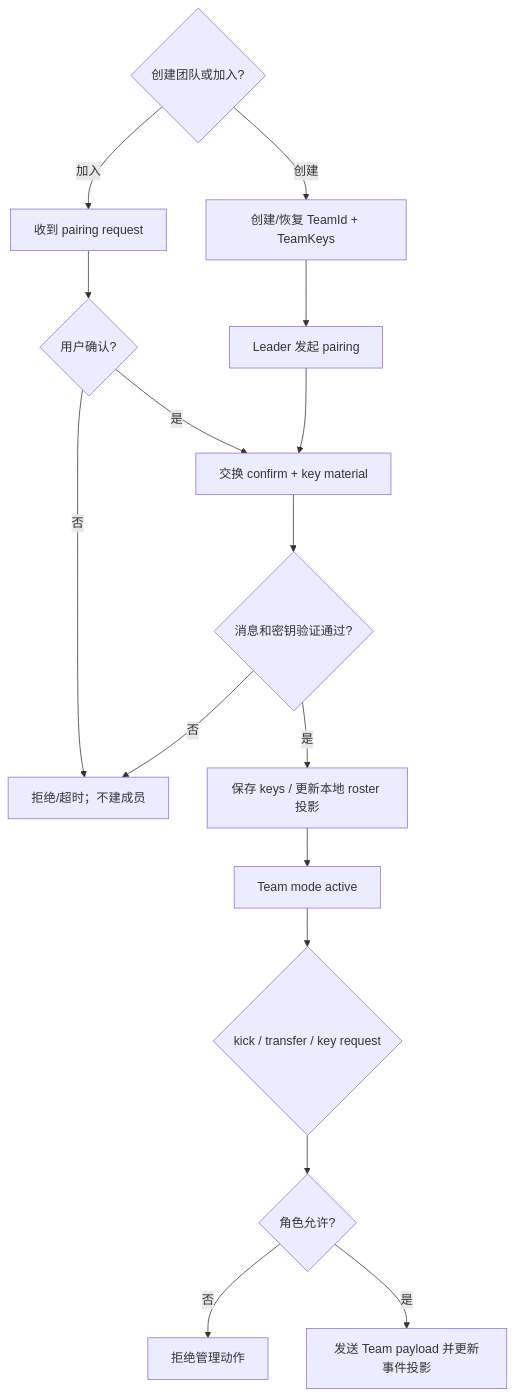
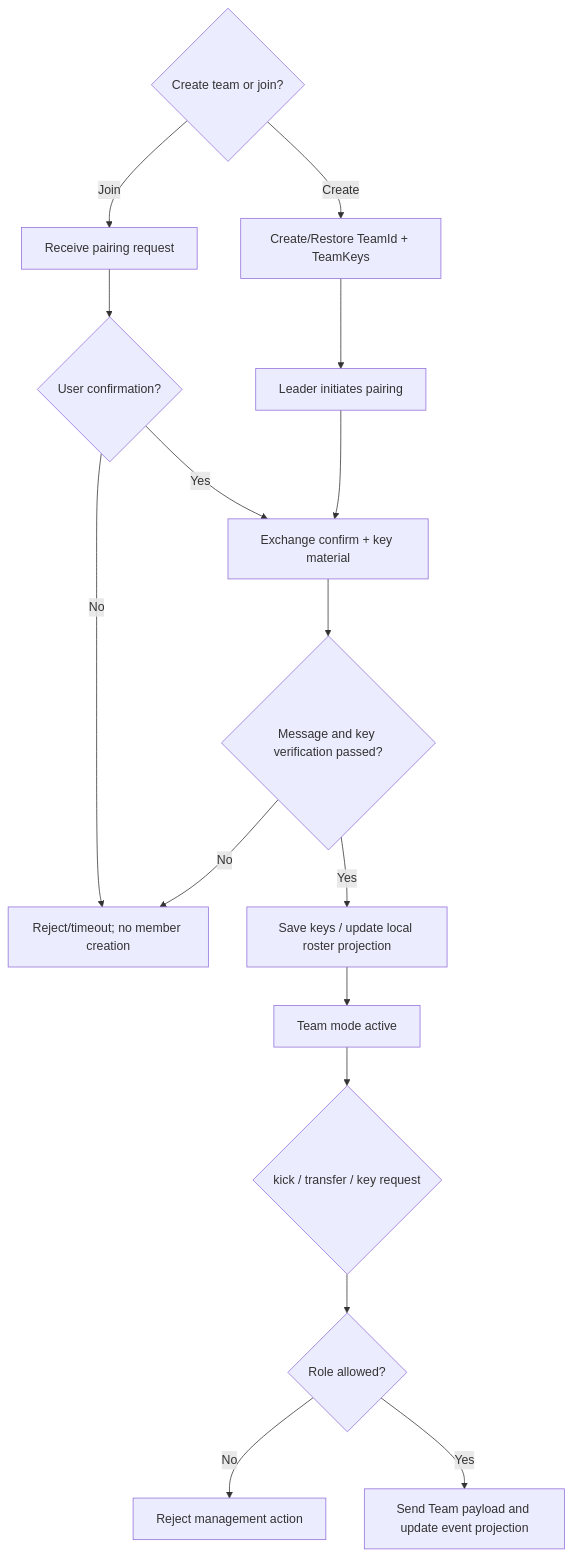
One commit to manmuqingshan/trail-mate changed the diagram in docs/design/use-case-diagrams/manage-team-sharing/activity.md. Above: the diagram before and after it, drawn with Mermaid. The commit also changed other lines of this file and 527 other files, not shown here.

````diff
--- a/docs/design/use-case-diagrams/manage-team-sharing/activity.md
+++ b/docs/design/use-case-diagrams/manage-team-sharing/activity.md
@@ -2,19 +2,19 @@
 ```mermaid
 flowchart TD
-  Role{"创建团队或加入?"}
-  Role -- 创建 --> Keys["创建/恢复 TeamId + TeamKeys"]
-  Keys --> Invite["Leader 发起 pairing"]
-  Role -- 加入 --> Request["收到 pairing request"]
-  Request --> Confirm{"用户确认?"}
-  Confirm -- 否 --> Reject["拒绝/超时；不建成员"]
-  Confirm -- 是 --> Exchange["交换 confirm + key material"]
+ Role{"Create team or join?"}
+ Role -- Create --> Keys["Create/Restore TeamId + TeamKeys"]
+ Keys --> Invite["Leader initiates pairing"]
+ Role -- Join --> Request["Receive pairing request"]
+ Request --> Confirm{"User confirmation?"}
+ Confirm -- No --> Reject["Reject/timeout; no member creation"]
+ Confirm -- Yes --> Exchange["Exchange confirm + key material"]
   Invite --> Exchange
-  Exchange --> Verify{"消息和密钥验证通过?"}
-  Verify -- 否 --> Reject
-  Verify -- 是 --> Persist["保存 keys / 更新本地 roster 投影"]
+ Exchange --> Verify{"Message and key verification passed?"}
+ Verify -- No --> Reject
+ Verify -- Yes --> Persist["Save keys / update local roster projection"]
   Persist --> Active["Team mode active"]
   Active --> Admin{"kick / transfer / key request"}
-  Admin --> Validate{"角色允许?"}
-  Validate -- 否 --> RejectAction["拒绝管理动作"]
-  Validate -- 是 --> Commit["发送 Team payload 并更新事件投影"]
+ Admin --> Validate{"Role allowed?"}
+ Validate -- No --> RejectAction["Reject management action"]
+ Validate -- Yes --> Commit["Send Team payload and update event projection"]
 ```
````
